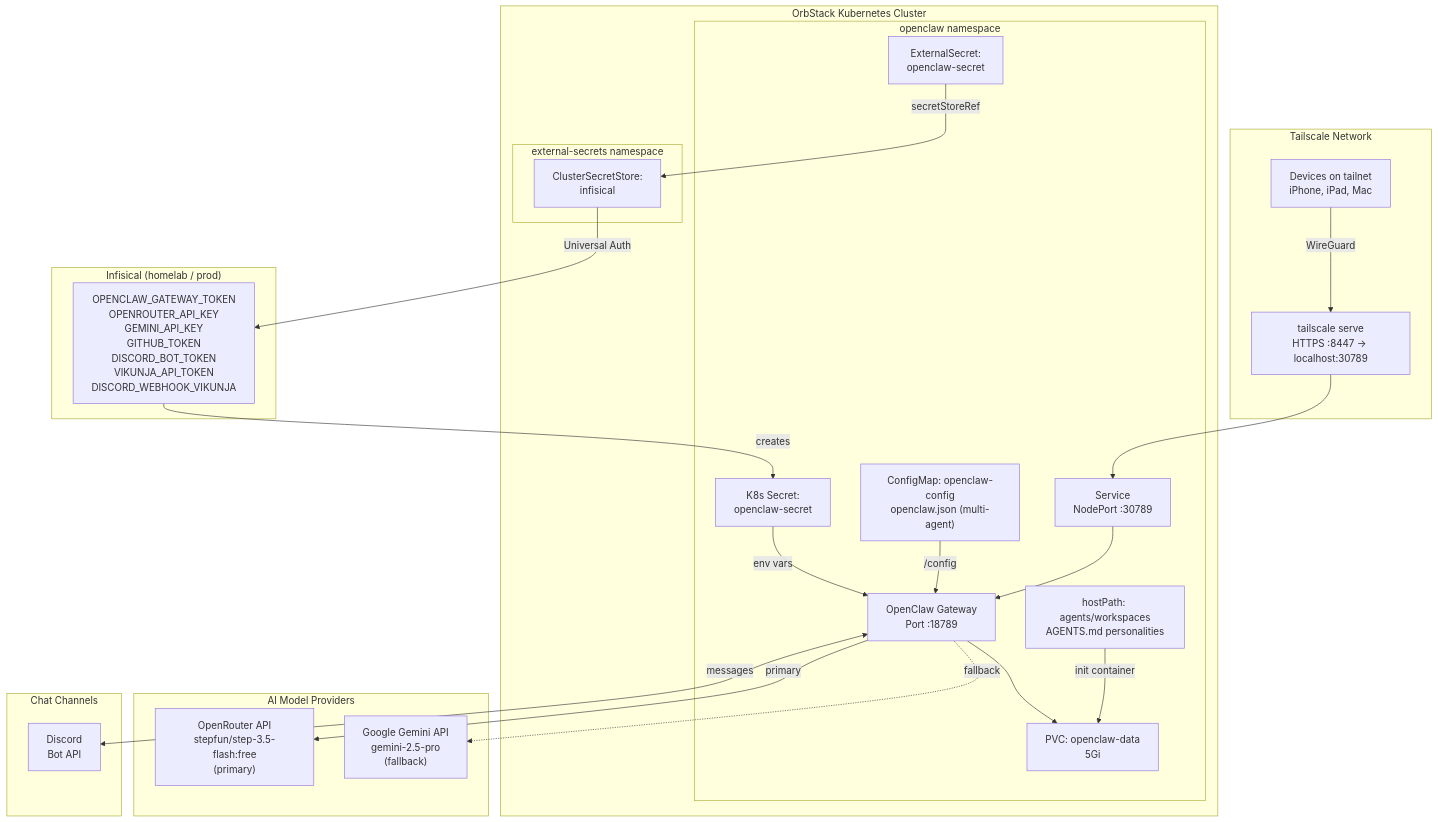
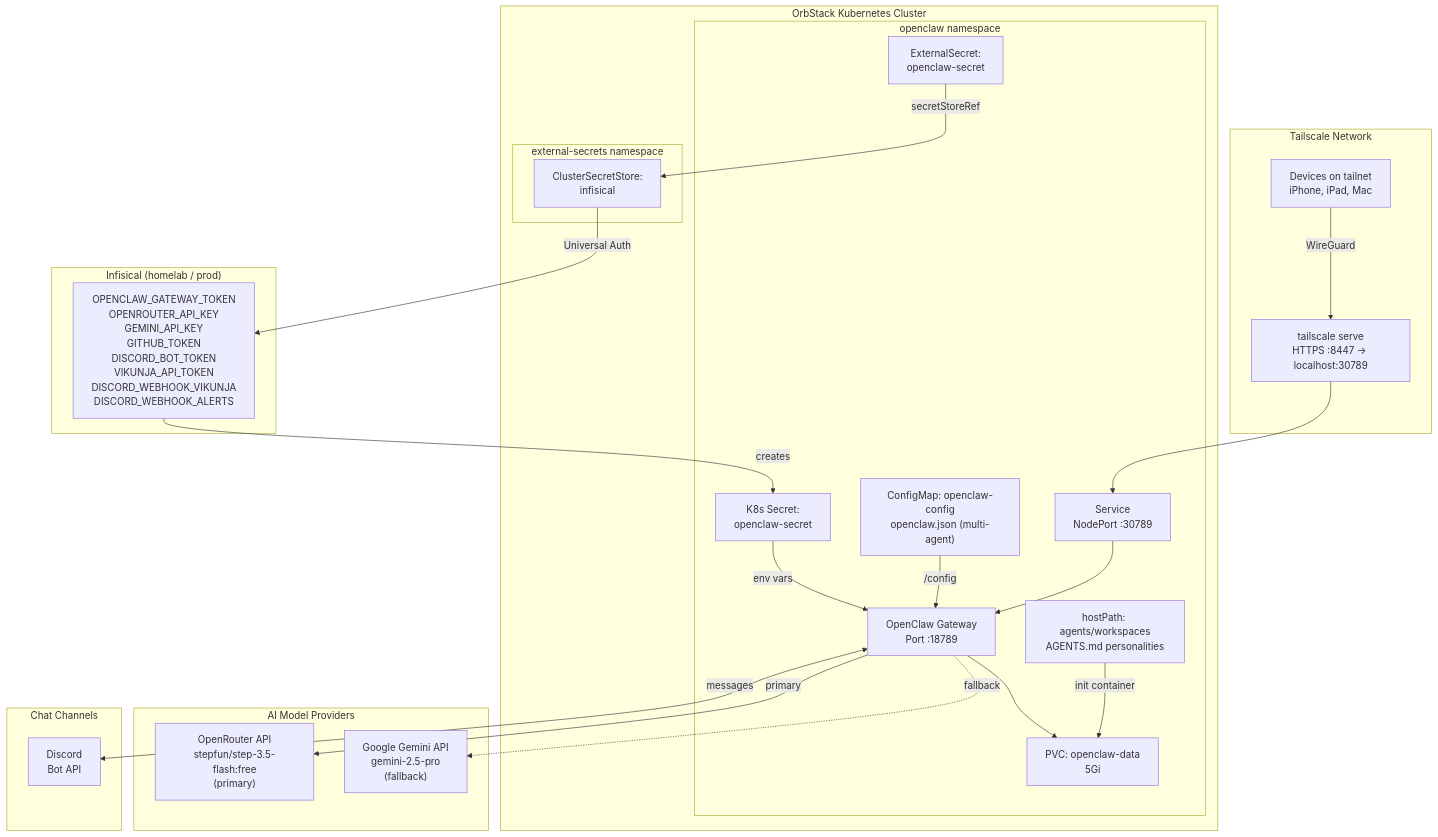
Before and after one commit to haingth77/homelab: the first of 7 diagrams in k8s/apps/openclaw/README.md, drawn with Mermaid. The commit also changed other lines of this file and 6 other files, not shown here.

````diff
--- a/k8s/apps/openclaw/README.md
+++ b/k8s/apps/openclaw/README.md
@@ -7,50 +7,50 @@
 ```mermaid
 flowchart TD
     subgraph tailnet["Tailscale Network"]
         Clients["Devices on tailnet\niPhone, iPad, Mac"]
         TServe["tailscale serve\nHTTPS :8447 → localhost:30789"]
     end
 
     subgraph orb["OrbStack Kubernetes Cluster"]
         subgraph openclawNs["openclaw namespace"]
             Svc["Service\nNodePort :30789"]
             Deploy["OpenClaw Gateway\nPort :18789"]
             CM["ConfigMap: openclaw-config\nopenclaw.json (multi-agent)"]
             WSHP["hostPath: agents/workspaces\nAGENTS.md personalities"]
             PVC["PVC: openclaw-data\n5Gi"]
             ES["ExternalSecret:\nopenclaw-secret"]
             K8sSecret["K8s Secret:\nopenclaw-secret"]
         end
 
         subgraph esoNs["external-secrets namespace"]
             CSS["ClusterSecretStore:\ninfisical"]
         end
     end
 
     subgraph infisical["Infisical (homelab / prod)"]
-        InfisicalSecrets["OPENCLAW_GATEWAY_TOKEN\nOPENROUTER_API_KEY\nGEMINI_API_KEY\nGITHUB_TOKEN\nDISCORD_BOT_TOKEN\nVIKUNJA_API_TOKEN\nDISCORD_WEBHOOK_VIKUNJA"]
+        InfisicalSecrets["OPENCLAW_GATEWAY_TOKEN\nOPENROUTER_API_KEY\nGEMINI_API_KEY\nGITHUB_TOKEN\nDISCORD_BOT_TOKEN\nVIKUNJA_API_TOKEN\nDISCORD_WEBHOOK_VIKUNJA\nDISCORD_WEBHOOK_ALERTS"]
     end
 
     subgraph providers["AI Model Providers"]
         OpenRouter["OpenRouter API\nstepfun/step-3.5-flash:free\n(primary)"]
         Gemini["Google Gemini API\ngemini-2.5-pro\n(fallback)"]
     end
 
     subgraph chatChannels["Chat Channels"]
         Discord["Discord\nBot API"]
     end
 
     Clients -- "WireGuard" --> TServe
     TServe --> Svc
     Svc --> Deploy
     CM -- "/config" --> Deploy
             WSHP -- "init container" --> PVC
     Deploy --> PVC
     ES -- "secretStoreRef" --> CSS
     CSS -- "Universal Auth" --> InfisicalSecrets
     InfisicalSecrets -- "creates" --> K8sSecret
     K8sSecret -- "env vars" --> Deploy
     Deploy -- "primary" --> OpenRouter
     Deploy -. "fallback" .-> Gemini
     Deploy <-- "messages" --> Discord
 ```
````
